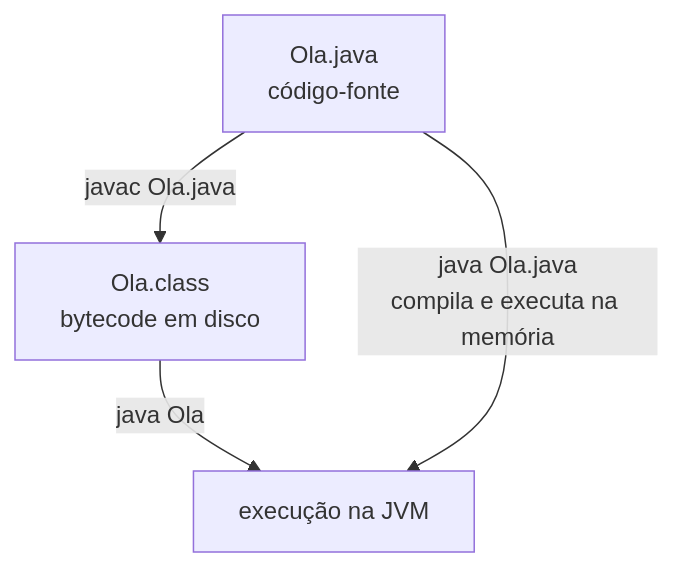
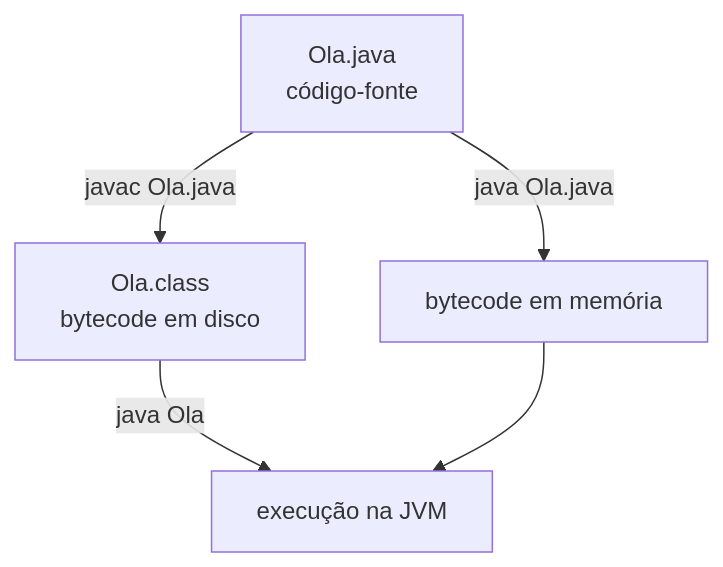
Before and after one commit to viniciusdias2902/livro_java: the diagram in src/capitulos/02-execucao.md, drawn with Mermaid.

Commit message:
Corrige fluxo de execução em memória

````diff
--- a/src/capitulos/02-execucao.md
+++ b/src/capitulos/02-execucao.md
@@ -167,9 +167,10 @@
 ```mermaid
 flowchart TB
     F["Ola.java<br/>código-fonte"]
 
     F -->|"javac Ola.java"| C["Ola.class<br/>bytecode em disco"]
     C -->|"java Ola"| E["execução na JVM"]
 
-    F -->|"java Ola.java<br/>compila e executa na memória"| E
+    F -->|"java Ola.java"| M["bytecode em memória"]
+    M --> E
 ```
````
